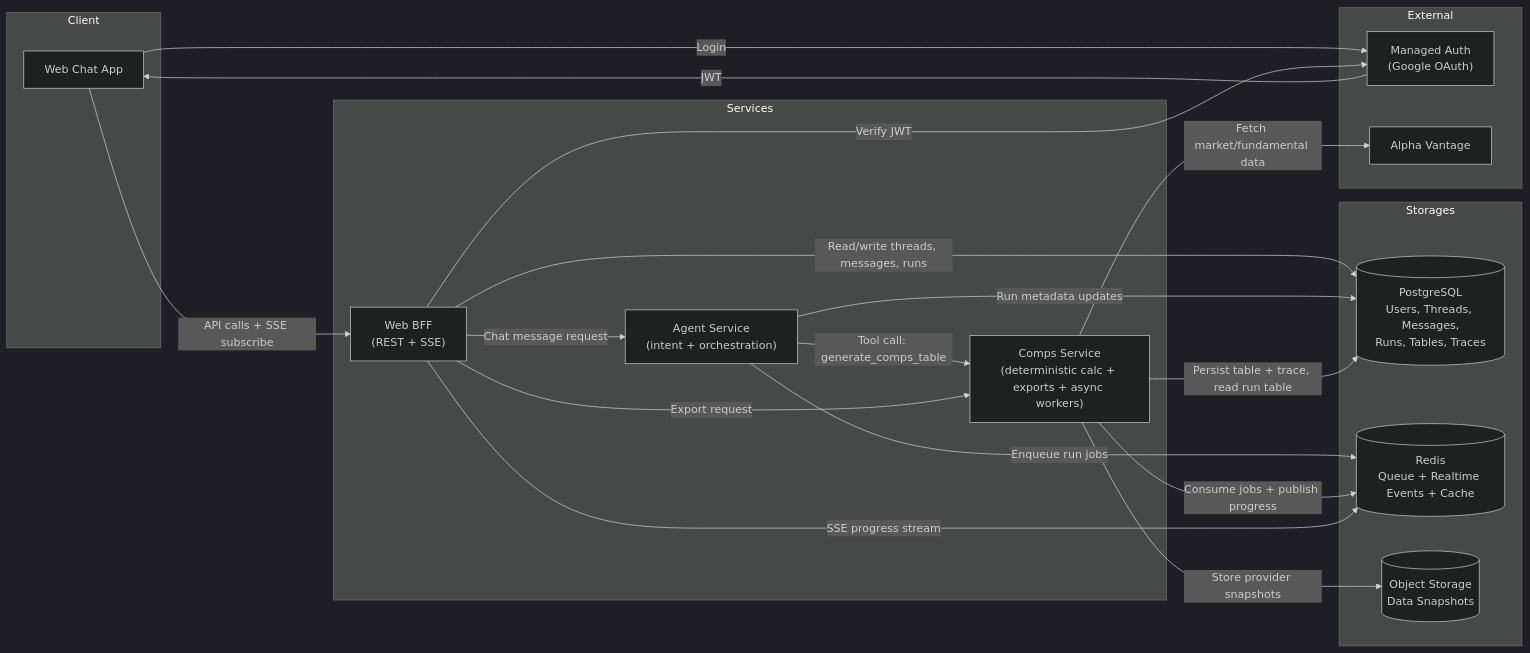
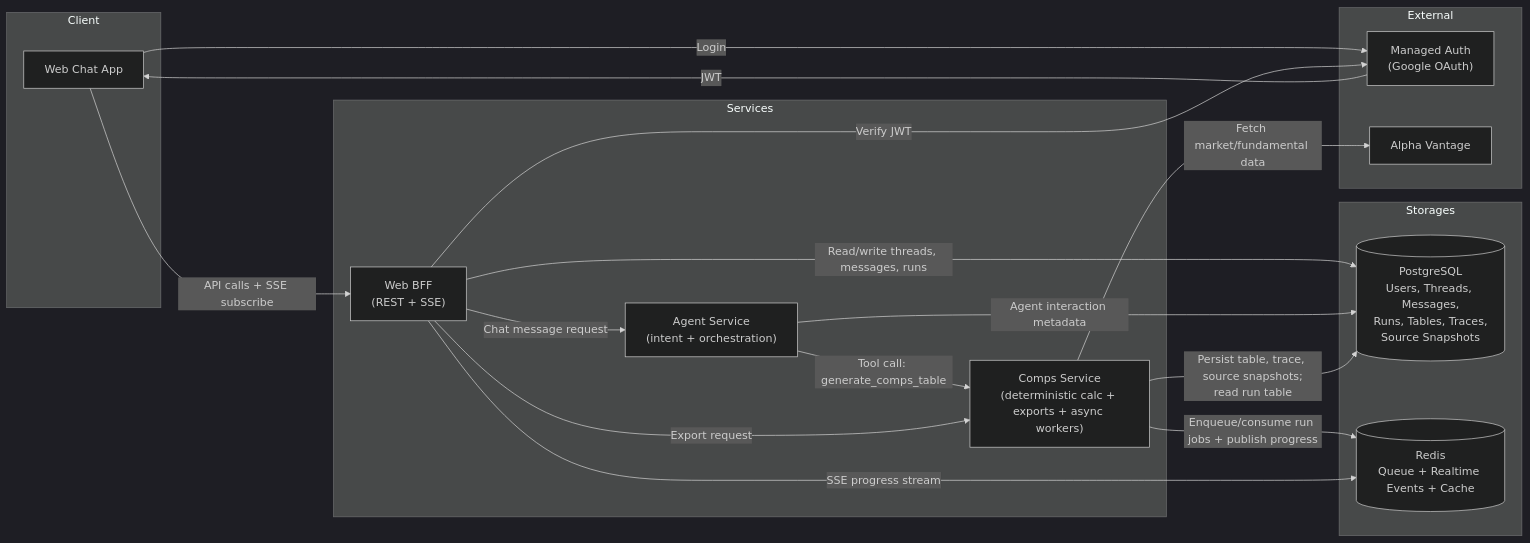
One commit to zer0plus/talk-to-your-stock changed the diagram in docs/adr/ADR-001-mvp-high-level-architecture.md. Above: the diagram before and after it, drawn with Mermaid (dark theme). The commit also changed other lines of this file and 3 other files, not shown here.

````diff
--- a/docs/adr/ADR-001-mvp-high-level-architecture.md
+++ b/docs/adr/ADR-001-mvp-high-level-architecture.md
@@ -16,43 +17,40 @@
 ```mermaid
 flowchart LR
   subgraph Client
     WEB["Web Chat App"]
   end
 
   subgraph Services
     BFF["Web BFF<br/>(REST + SSE)"]
     AGENT["Agent Service<br/>(intent + orchestration)"]
     COMPS["Comps Service<br/>(deterministic calc + exports + async workers)"]
   end
 
   subgraph Storages
-    PG[("PostgreSQL<br/>Users, Threads, Messages,<br/>Runs, Tables, Traces")]
+    PG[("PostgreSQL<br/>Users, Threads, Messages,<br/>Runs, Tables, Traces,<br/>Source Snapshots")]
     REDIS[("Redis<br/>Queue + Realtime Events + Cache")]
-    BLOB[("Object Storage<br/>Data Snapshots")]
   end
 
   subgraph External
     AUTH["Managed Auth<br/>(Google OAuth)"]
     AV["Alpha Vantage"]
   end
 
   WEB -->|"API calls + SSE subscribe"| BFF
   WEB -->|"Login"| AUTH
   AUTH -->|"JWT"| WEB
   BFF -->|"Verify JWT"| AUTH
 
   BFF -->|"Chat message request"| AGENT
   AGENT -->|"Tool call: generate_comps_table"| COMPS
   BFF -->|"Export request"| COMPS
 
   BFF -->|"Read/write threads, messages, runs"| PG
-  AGENT -->|"Run metadata updates"| PG
-  COMPS -->|"Persist table + trace, read run table"| PG
+  AGENT -->|"Agent interaction metadata"| PG
+  COMPS -->|"Persist table, trace, source snapshots;<br/>read run table"| PG
 
-  AGENT -->|"Enqueue run jobs"| REDIS
-  COMPS -->|"Consume jobs + publish progress"| REDIS
+  COMPS -->|"Enqueue/consume run jobs + publish progress"| REDIS
   BFF -->|"SSE progress stream"| REDIS
 
   COMPS -->|"Fetch market/fundamental data"| AV
-  COMPS -->|"Store provider snapshots"| BLOB
 ```
````
